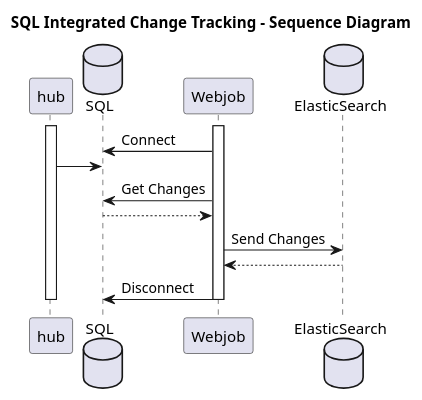
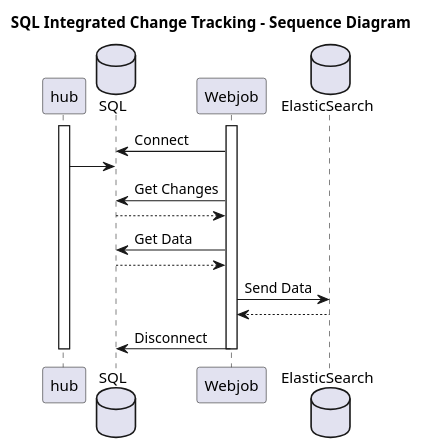
One commit to Kf-GaryNewport/Kf-GaryNewport.github.io changed the diagram in assets/SQLIntegratedChangeTracking-Sequence.puml. Above: the diagram before and after it, drawn with PlantUML.

```diff
--- a/assets/SQLIntegratedChangeTracking-Sequence.puml
+++ b/assets/SQLIntegratedChangeTracking-Sequence.puml
@@ -1,22 +1,25 @@
 @startuml
 
 title "SQL Integrated Change Tracking - Sequence Diagram"
 
 activate hub
 actor hub
 Database  SQL
 activate Webjob
 Webjob -> SQL : Connect
 hub -> SQL
+
 Webjob -> SQL : Get Changes
 return
+Webjob -> SQL : Get Data
+return
 Database ElasticSearch
-Webjob -> ElasticSearch : Send Changes
+Webjob -> ElasticSearch : Send Data
 return
 
 Webjob -> SQL : Disconnect
 deactivate Webjob
 deactivate hub
 
 
 @enduml
```
